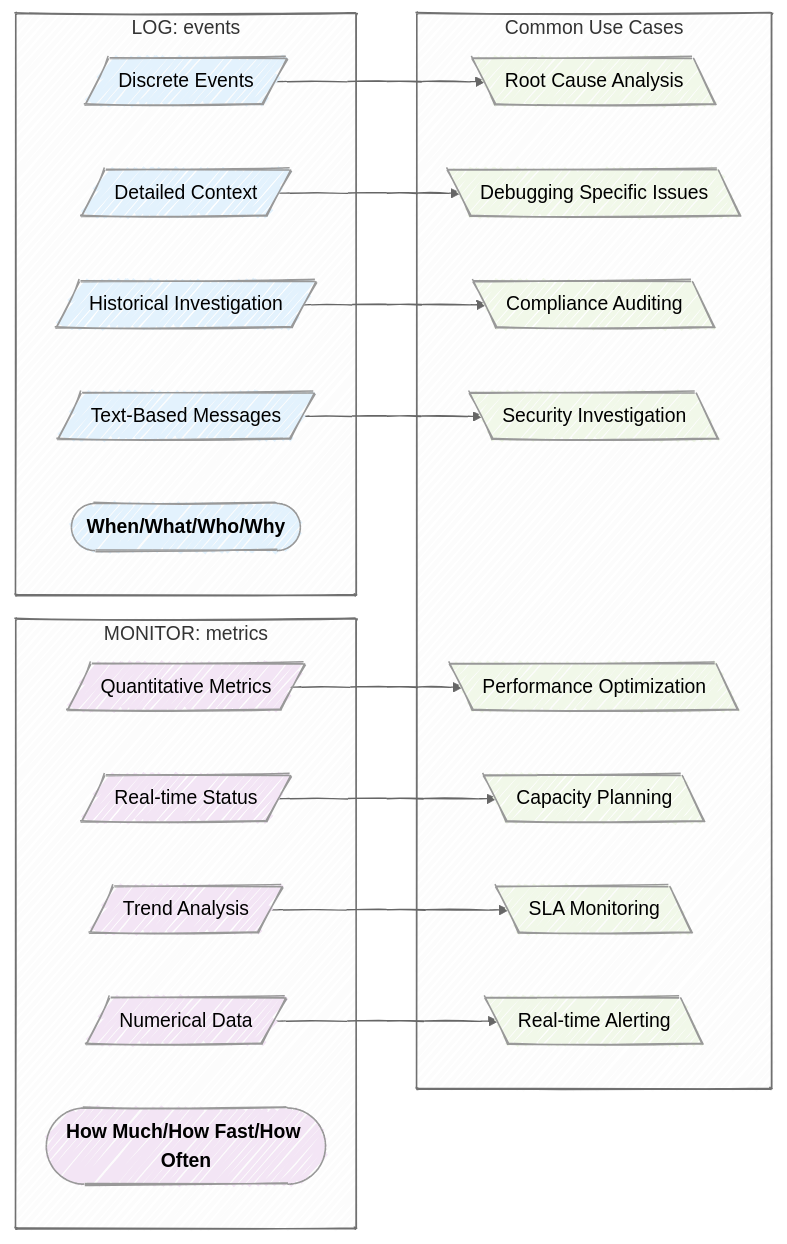
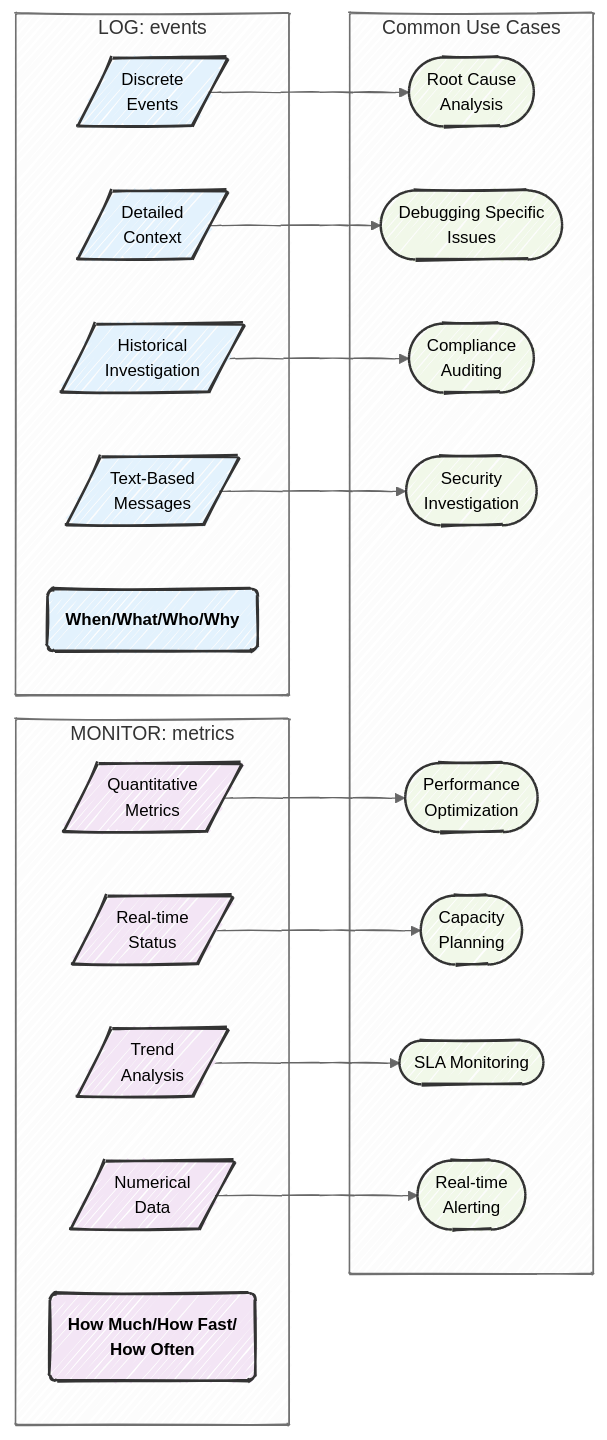
The first of 2 diagrams in lab4.qmd (mjfrigaard/do4ds-labs), drawn with Mermaid before and after one commit. The commit also changed other lines of this file and 26 other files, not shown here.

Commit message:
updates to logging and monitoring in R

````diff
--- a/lab4.qmd
+++ b/lab4.qmd
@@ -50,52 +50,53 @@
 ```{mermaid}
 %%| fig-cap: 'Logging vs. Monitoring'
 %%| fig-align: center
+%%| fig-width: 6.5
 %%{init: {'theme': 'neutral', 'look': 'handDrawn', 'themeVariables': { 'fontFamily': 'monospace'}}}%%
 
 graph LR
     subgraph "LOG: events"
-        L1[/"Discrete Events"/]
-        L2[/"Detailed Context"/]
-        L3[/"Historical Investigation"/]
-        L4[/"Text-Based Messages"/]
-        L5(["<strong>When/What/Who/Why</strong>"])
+        L1[/"Discrete<br>Events"/]
+        L2[/"Detailed<br>Context"/]
+        L3[/"Historical<br>Investigation"/]
+        L4[/"Text-Based<br>Messages"/]
+        L5("<strong>When/What/Who/Why</strong>")
     end
     
     subgraph "MONITOR: metrics"
-        M1[/"Quantitative Metrics"/]
-        M2[/"Real-time Status"/]
-        M3[/"Trend Analysis"/]
-        M4[/"Numerical Data"/]
-        M5(["<strong>How Much/How Fast/How Often</strong>"])
+        M1[/"Quantitative<br>Metrics"/]
+        M2[/"Real-time<br>Status"/]
+        M3[/"Trend<br>Analysis"/]
+        M4[/"Numerical<br>Data"/]
+        M5("<strong>How Much/How Fast/<br>How Often</strong>")
     end
     
     subgraph "Common Use Cases"
-        LC[\"Root Cause Analysis"\]
-        LC2[\"Debugging Specific Issues"\]
-        LC3[\"Compliance Auditing"\]
-        LC4[\"Security Investigation"\]
+        LC(["Root Cause<br>Analysis"])
+        LC2(["Debugging Specific<br>Issues"])
+        LC3(["Compliance<br>Auditing"])
+        LC4(["Security<br>Investigation"])
         
-        MC[\"Performance Optimization"\]
-        MC2[\"Capacity Planning"\]
-        MC3[\"SLA Monitoring"\]
-        MC4[\"Real-time Alerting"\]
+        MC(["Performance<br>Optimization"])
+        MC2(["Capacity<br>Planning"])
+        MC3(["SLA Monitoring"])
+        MC4(["Real-time<br>Alerting"])
     end
     
     L1 --> LC
     L2 --> LC2
     L3 --> LC3
     L4 --> LC4
     
     M1 --> MC
     M2 --> MC2
     M3 --> MC3
     M4 --> MC4
     
-    classDef logging fill:#e3f2fd
-    classDef monitoring fill:#f3e5f5
-    classDef usecase fill:#f1f8e9
+    classDef logging fill:#e3f2fd,stroke:#333,stroke-width:2px,rx:6,ry:6,text-align:center,font-size:14px
+    classDef monitoring fill:#f3e5f5,stroke:#333,stroke-width:2px,rx:6,ry:6,text-align:center,font-size:14px
+    classDef usecase fill:#f1f8e9,stroke:#333,stroke-width:2px,rx:6,ry:6,text-align:center,font-size:14px
     
     class L1,L2,L3,L4,L5 logging
     class M1,M2,M3,M4,M5 monitoring
     class LC,LC2,LC3,LC4,MC,MC2,MC3,MC4 usecase
 ```
````
